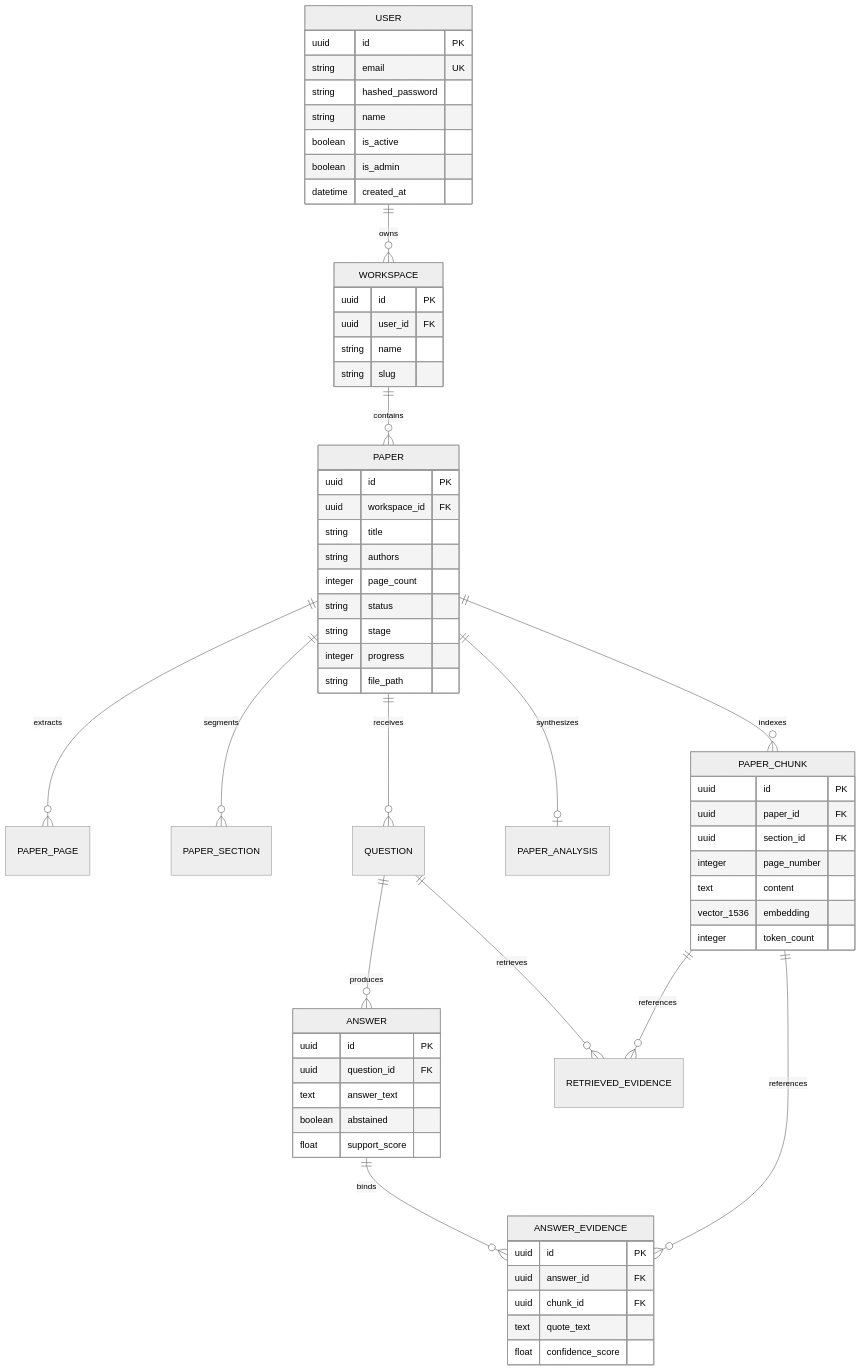
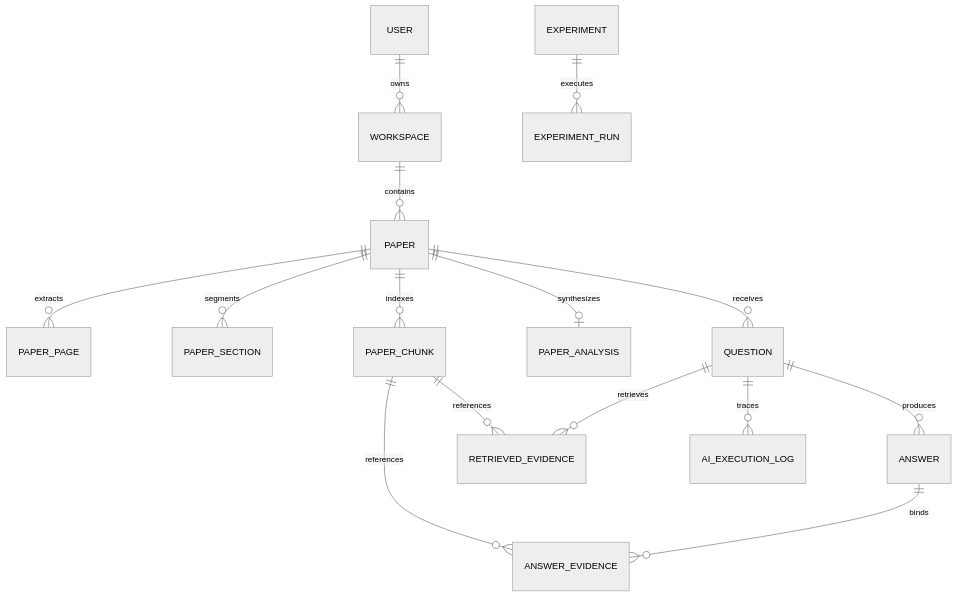
One commit to Sakthikumaran63/paperlens-atlas changed the diagram in README.md. Above: the diagram before and after it, drawn with Mermaid (neutral theme). The commit also changed other lines of this file, not shown here.

Commit message:
docs(readme): update README.md with complete 16-model database architecture, modular domain packages, AI fallback router, and Docker instructions

````diff
--- a/README.md
+++ b/README.md
@@ -280,65 +281,17 @@
 ```mermaid
 erDiagram
     USER ||--o{ WORKSPACE : owns
     WORKSPACE ||--o{ PAPER : contains
     PAPER ||--o{ PAPER_PAGE : extracts
     PAPER ||--o{ PAPER_SECTION : segments
     PAPER ||--o{ PAPER_CHUNK : indexes
     PAPER ||--o| PAPER_ANALYSIS : synthesizes
     PAPER ||--o{ QUESTION : receives
     QUESTION ||--o{ ANSWER : produces
     QUESTION ||--o{ RETRIEVED_EVIDENCE : retrieves
     ANSWER ||--o{ ANSWER_EVIDENCE : binds
     PAPER_CHUNK ||--o{ ANSWER_EVIDENCE : references
     PAPER_CHUNK ||--o{ RETRIEVED_EVIDENCE : references
-
-    USER {
-        uuid id PK
-        string email UK
-        string hashed_password
-        string name
-        boolean is_active
-        boolean is_admin
-        datetime created_at
-    }
-    WORKSPACE {
-        uuid id PK
-        uuid user_id FK
-        string name
-        string slug
-    }
-    PAPER {
-        uuid id PK
-        uuid workspace_id FK
-        string title
-        string authors
-        integer page_count
-        string status
-        string stage
-        integer progress
-        string file_path
-    }
-    PAPER_CHUNK {
-        uuid id PK
-        uuid paper_id FK
-        uuid section_id FK
-        integer page_number
-        text content
-        vector_1536 embedding
-        integer token_count
-    }
-    ANSWER {
-        uuid id PK
-        uuid question_id FK
-        text answer_text
-        boolean abstained
-        float support_score
-    }
-    ANSWER_EVIDENCE {
-        uuid id PK
-        uuid answer_id FK
-        uuid chunk_id FK
-        text quote_text
-        float confidence_score
-    }
+    EXPERIMENT ||--o{ EXPERIMENT_RUN : executes
+    QUESTION ||--o{ AI_EXECUTION_LOG : traces
 ```
````
